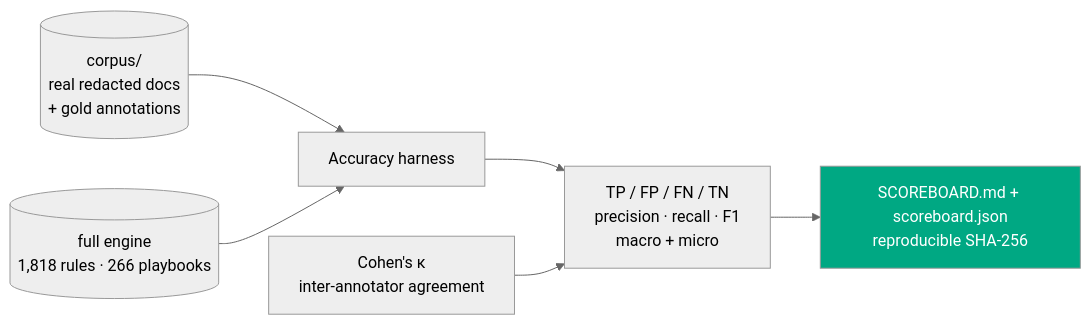
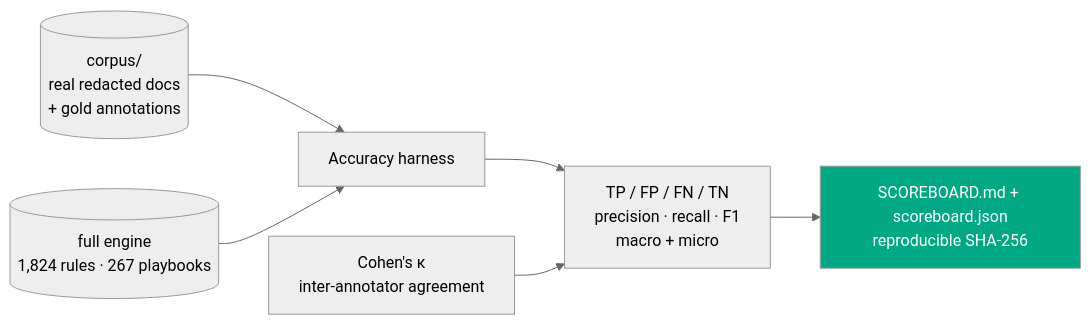
One commit to clay-good/vaulytica changed the seventh of 11 diagrams in README.md. Above: the diagram before and after it, drawn with Mermaid (neutral theme). The commit also changed other lines of this file and 378 other files, not shown here.

````diff
--- a/README.md
+++ b/README.md
@@ -1213,9 +1213,9 @@
 ```mermaid
 flowchart LR
   C[(corpus/<br/>real redacted docs<br/>+ gold annotations)] --> H[Accuracy harness]
-  R[(full engine<br/>1,818 rules · 266 playbooks)] --> H
+  R[(full engine<br/>1,824 rules · 267 playbooks)] --> H
   H --> M[TP / FP / FN / TN<br/>precision · recall · F1<br/>macro + micro]
   M --> S[SCOREBOARD.md + scoreboard.json<br/>reproducible SHA-256]
   K[Cohen's κ<br/>inter-annotator agreement] --> M
   style S fill:#00A883,color:#fff
 ```
````
